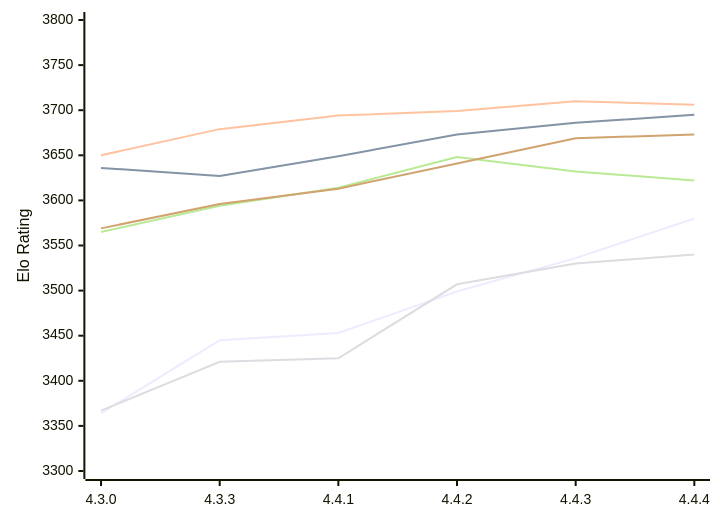
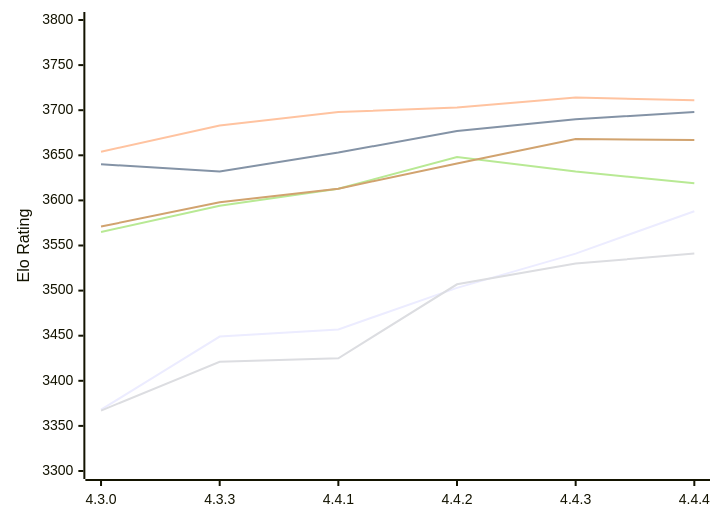
The first of 2 diagrams in engines/Gaia.md (computer-chess-index/cci), drawn with Mermaid before and after one commit. The commit also changed other lines of this file, not shown here.

Commit message:
Update CCI Ratings (ELO VLTC) - 2026-11-22

````diff
--- a/engines/Gaia.md
+++ b/engines/Gaia.md
@@ -63,12 +63,12 @@
 ```mermaid
 %%{init: {"theme":"base","themeVariables":{"seriesColors:['#a3a3a3','#222221','#faa371']}}}%%
 xychart-beta
   x-axis ["4.3.0", "4.3.3", "4.4.1", "4.4.2", "4.4.3", "4.4.4"]
   y-axis "Elo Rating" 3300 --> 3800
-  line "E1: STC (8.0+0.08s)" [3364, 3445, 3453, 3499, 3536, 3580]
-  line "E1: LTC (60.0+0.60s)" [3636, 3627, 3649, 3673, 3686, 3695]
-  line "E1: VLTC (2m24s+1.12s)" [3650, 3679, 3694, 3699, 3710, 3706]
-  line "P1: STC (8.0+0.08s)" [3367, 3421, 3425, 3507, 3530, 3540]
-  line "P1: LTC (60.0+0.60s)" [3565, 3594, 3614, 3648, 3632, 3622]
-  line "P1: VLTC (2m24s+1.12s)" [3569, 3596, 3613, 3641, 3669, 3673]
+  line "E1: STC (8.0+0.08s)" [3368, 3449, 3457, 3503, 3541, 3588]
+  line "E1: LTC (60.0+0.60s)" [3640, 3632, 3653, 3677, 3690, 3698]
+  line "E1: VLTC (2m24s+1.12s)" [3654, 3683, 3698, 3703, 3714, 3711]
+  line "P1: STC (8.0+0.08s)" [3367, 3421, 3425, 3507, 3530, 3541]
+  line "P1: LTC (60.0+0.60s)" [3565, 3594, 3613, 3648, 3632, 3619]
+  line "P1: VLTC (2m24s+1.12s)" [3571, 3598, 3613, 3641, 3668, 3667]
 ```
````
